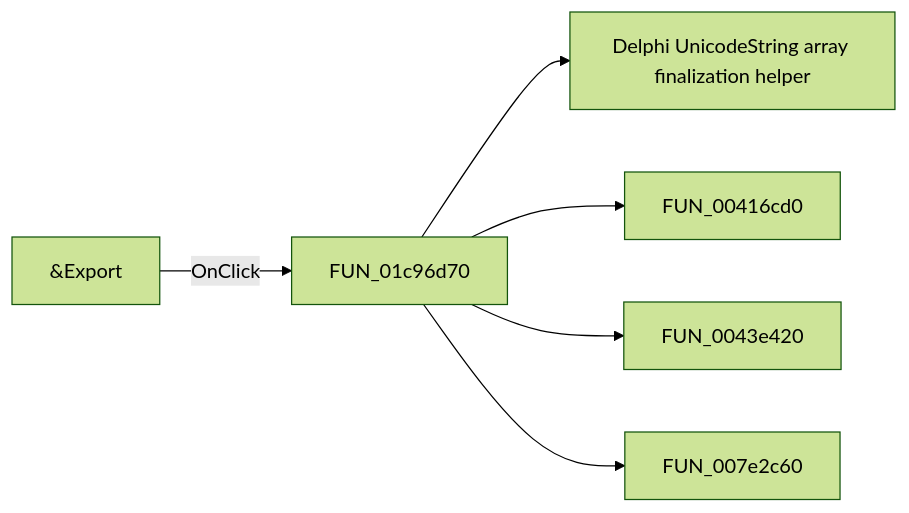
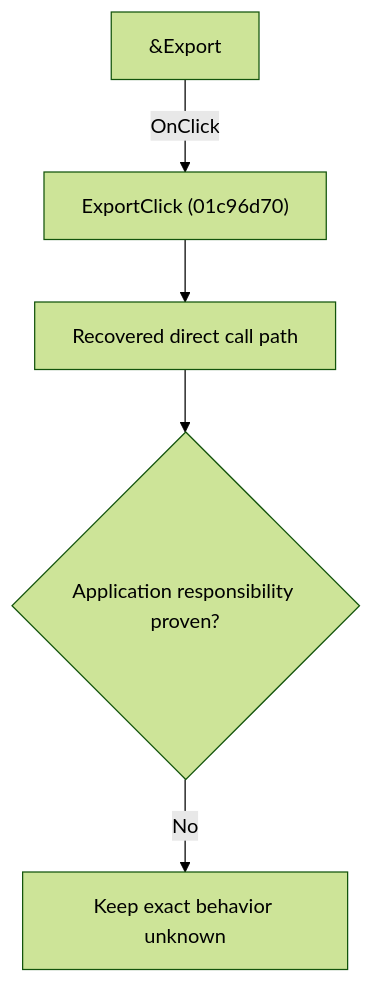
One commit to MovGP0/TIARA changed the diagram in docs/ui-controls/schematiceditor/export-ee2ca28a6d.md. Above: the diagram before and after it, drawn with Mermaid (forest theme). The commit also changed other lines of this file and 1062 other files, not shown here.

````diff
--- a/docs/ui-controls/schematiceditor/export-ee2ca28a6d.md
+++ b/docs/ui-controls/schematiceditor/export-ee2ca28a6d.md
@@ -27,8 +27,7 @@
 ```mermaid
-flowchart LR
-    control["&Export"] -->|OnClick| handler["FUN_01c96d70"]
-    handler --> call1["Delphi UnicodeString array finalization helper"]
-    handler --> call2["FUN_00416cd0"]
-    handler --> call3["FUN_0043e420"]
-    handler --> call4["FUN_007e2c60"]
+flowchart TD
+    control["&Export"] -->|"OnClick"| handler["ExportClick (01c96d70)"]
+    handler --> recovered["Recovered direct call path"]
+    recovered --> gap{"Application responsibility proven?"}
+    gap -->|"No"| blocked["Keep exact behavior unknown"]
 ```
````
